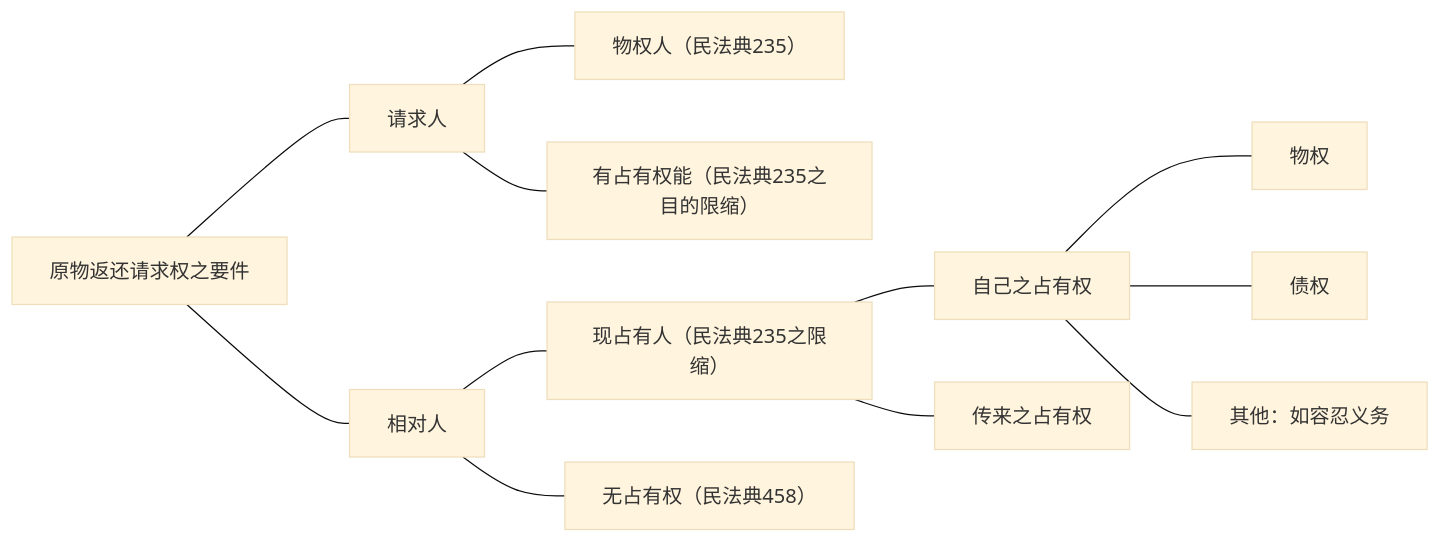
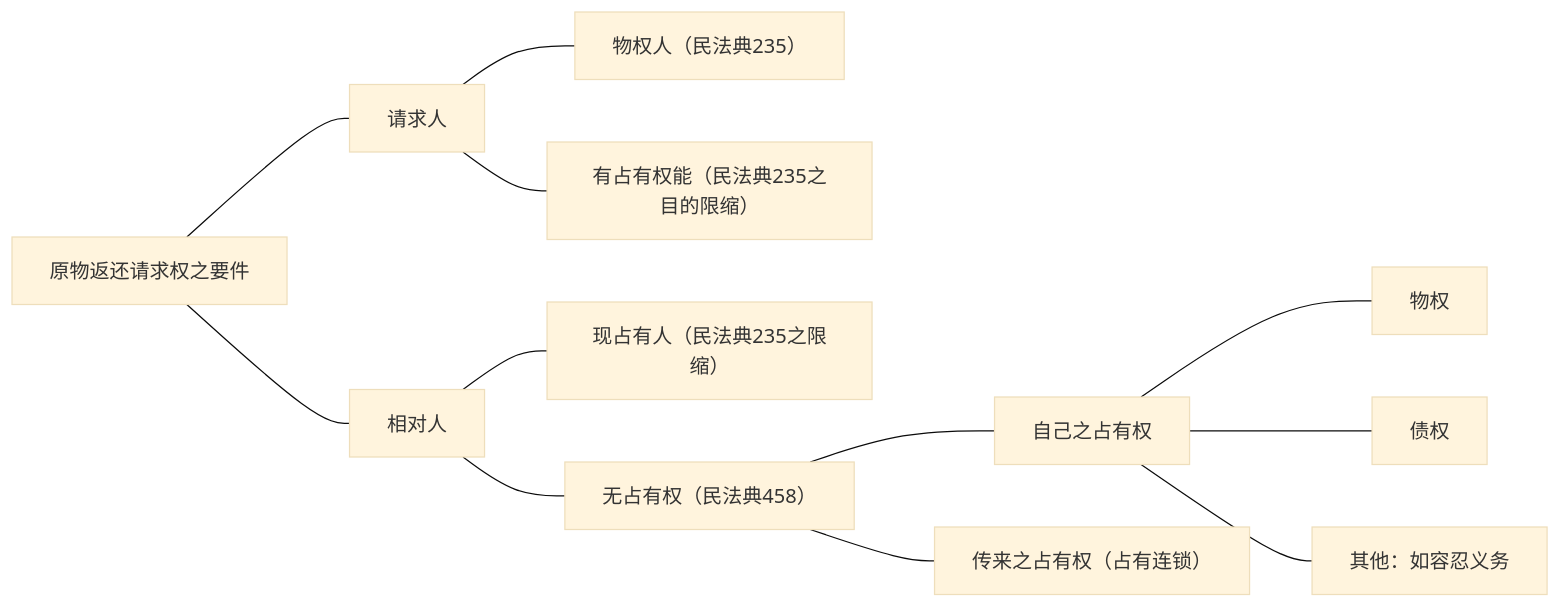
The diagram in 课堂笔记/民法笔记/金可可民法/附件/基础知识：原物返还请求权之要件.md (fish-forget-senven/law-obsidian), drawn with Mermaid (base theme) before and after one commit. The commit also changed 3 other files, not shown here.

````diff
--- a/课堂笔记/民法笔记/金可可民法/附件/基础知识：原物返还请求权之要件.md
+++ b/课堂笔记/民法笔记/金可可民法/附件/基础知识：原物返还请求权之要件.md
@@ -1,20 +1,20 @@
 ```mermaid
 flowchart LR
 1[原物返还请求权之要件]
 2[请求人]
 3[相对人]
 1---2 & 3
 4["物权人（民法典235）"]
 5["有占有权能（民法典235之目的限缩）"]
 2---4 & 5
 6["现占有人（民法典235之限缩）"]
 7["无占有权（民法典458）"]
 3---6 & 7
 8[自己之占有权]
-9[传来之占有权]
-6---8 & 9
+9["传来之占有权（占有连锁）"]
+7---8 & 9
 10[物权]
 11[债权]
 12["其他：如容忍义务"]
 8---10 & 11 & 12
 ```
````
